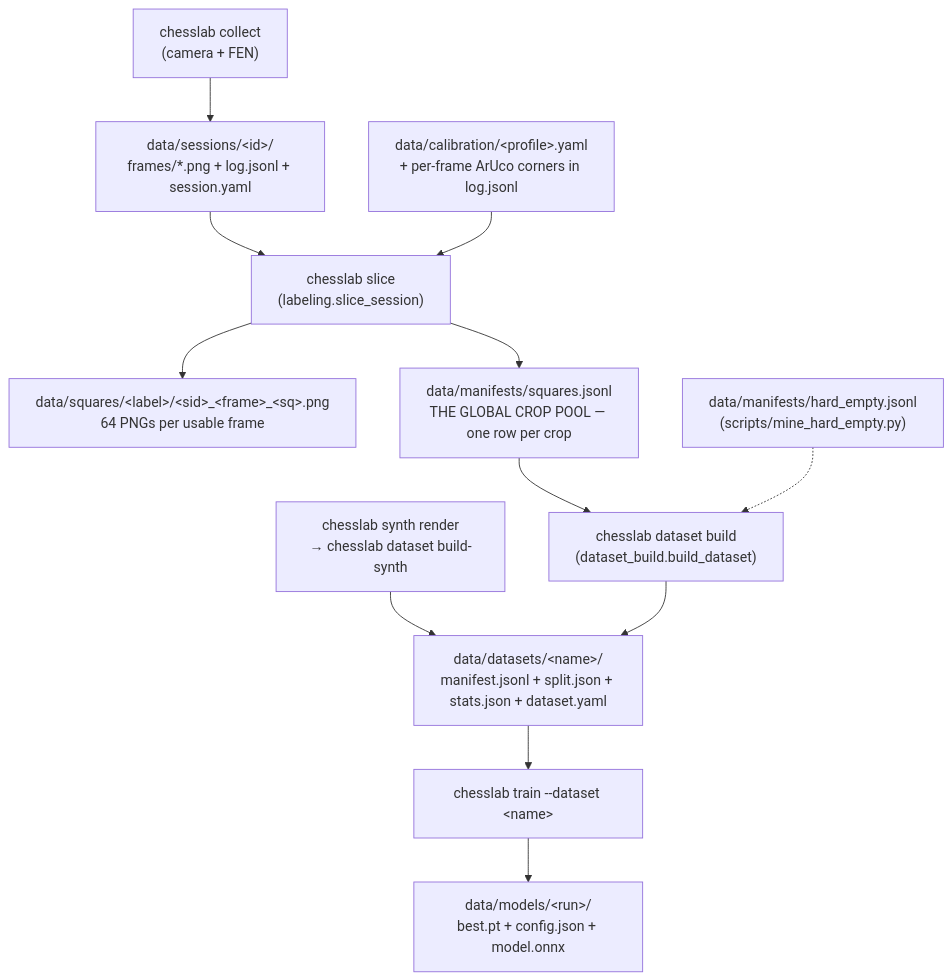
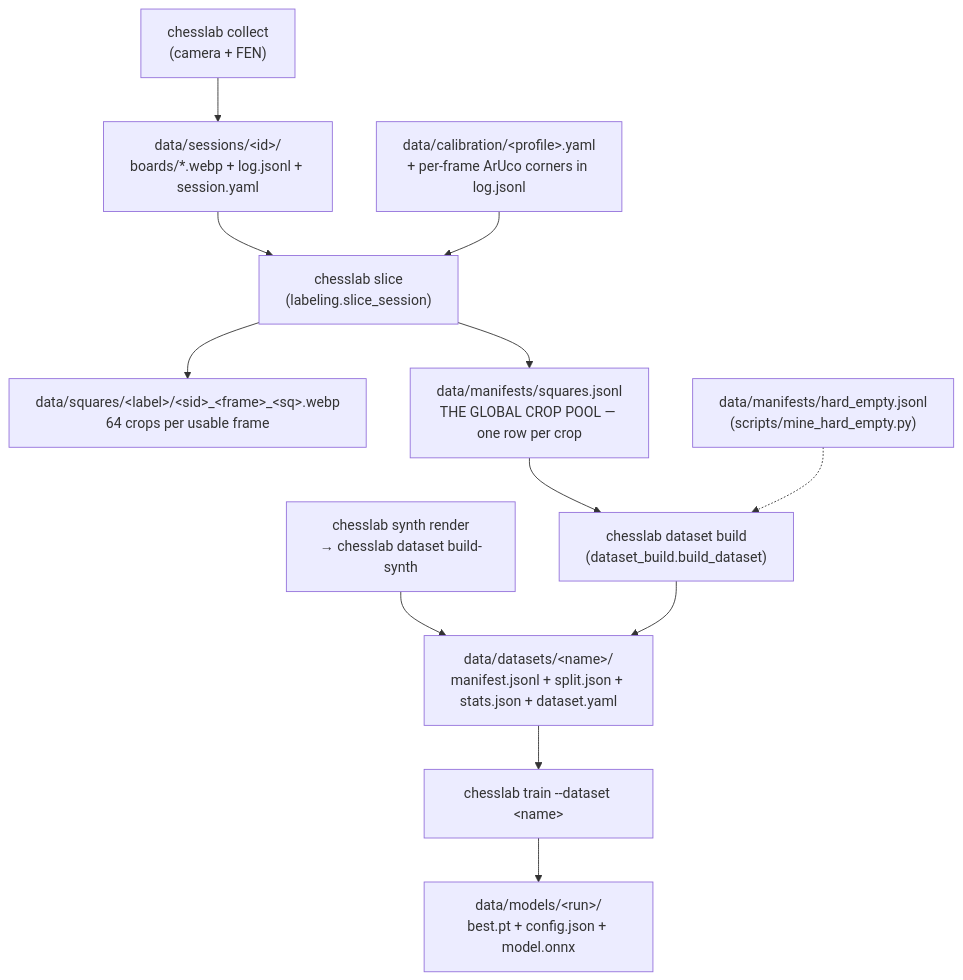
Before and after one commit to Kloggzer/chess-vision: the diagram in docs/data-pipeline.md, drawn with Mermaid. The commit also changed other lines of this file and 16 other files, not shown here.

````diff
--- a/docs/data-pipeline.md
+++ b/docs/data-pipeline.md
@@ -14,14 +14,14 @@
 ```mermaid
 flowchart TD
-    C["chesslab collect<br/>(camera + FEN)"] --> S["data/sessions/&lt;id&gt;/<br/>frames/*.png + log.jsonl + session.yaml"]
+    C["chesslab collect<br/>(camera + FEN)"] --> S["data/sessions/&lt;id&gt;/<br/>boards/*.webp + log.jsonl + session.yaml"]
     S --> SL["chesslab slice<br/>(labeling.slice_session)"]
     CAL["data/calibration/&lt;profile&gt;.yaml<br/>+ per-frame ArUco corners in log.jsonl"] --> SL
-    SL --> SQ["data/squares/&lt;label&gt;/&lt;sid&gt;_&lt;frame&gt;_&lt;sq&gt;.png<br/>64 PNGs per usable frame"]
+    SL --> SQ["data/squares/&lt;label&gt;/&lt;sid&gt;_&lt;frame&gt;_&lt;sq&gt;.webp<br/>64 crops per usable frame"]
     SL --> MF["data/manifests/squares.jsonl<br/>THE GLOBAL CROP POOL — one row per crop"]
     SYN["chesslab synth render<br/>→ chesslab dataset build-synth"] --> DS
     MF --> DB["chesslab dataset build<br/>(dataset_build.build_dataset)"]
     HE["data/manifests/hard_empty.jsonl<br/>(scripts/mine_hard_empty.py)"] -.-> DB
     DB --> DS["data/datasets/&lt;name&gt;/<br/>manifest.jsonl + split.json + stats.json + dataset.yaml"]
     DS --> TR["chesslab train --dataset &lt;name&gt;"]
     TR --> MOD["data/models/&lt;run&gt;/<br/>best.pt + config.json + model.onnx"]
 ```
````
